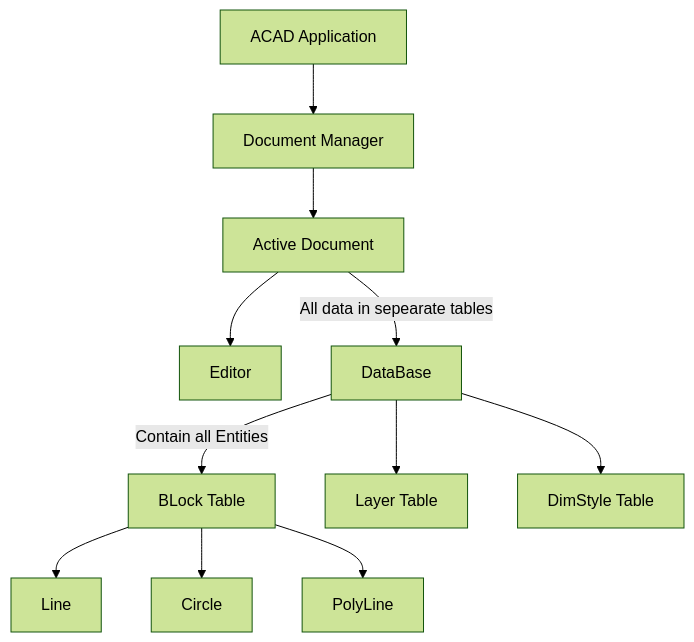
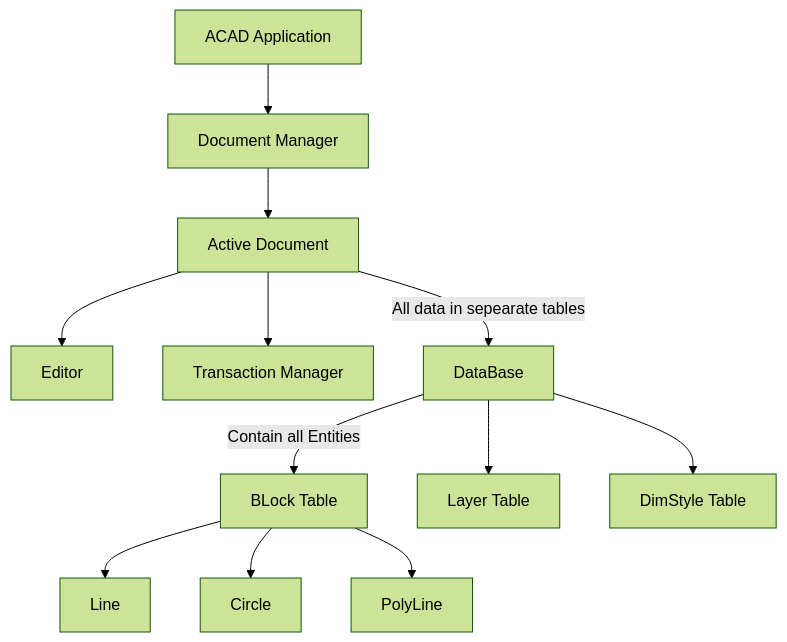
The first of 4 diagrams in Autocad/Doc/AutoCAD Object Model.md (NodesAutomations/CSharp), drawn with Mermaid (forest theme) before and after one commit.

Commit message:
Update AutoCAD Object Model.md

````diff
--- a/Autocad/Doc/AutoCAD Object Model.md
+++ b/Autocad/Doc/AutoCAD Object Model.md
@@ -2,13 +2,14 @@
 ```mermaid
 graph TD
 A[ACAD Application]-->B[Document Manager]
 B-->C[Active Document]
 C-->E[Editor]
+C-->C3[Transaction Manager]
 C-->|All data in sepearate tables|D[DataBase]
 D-->|Contain all Entities|F[BLock Table]
 D-->G[Layer Table]
 D-->H[DimStyle Table]
 F-->F1[Line]
 F-->F2[Circle]
 F-->F3[PolyLine]
 ```
````
